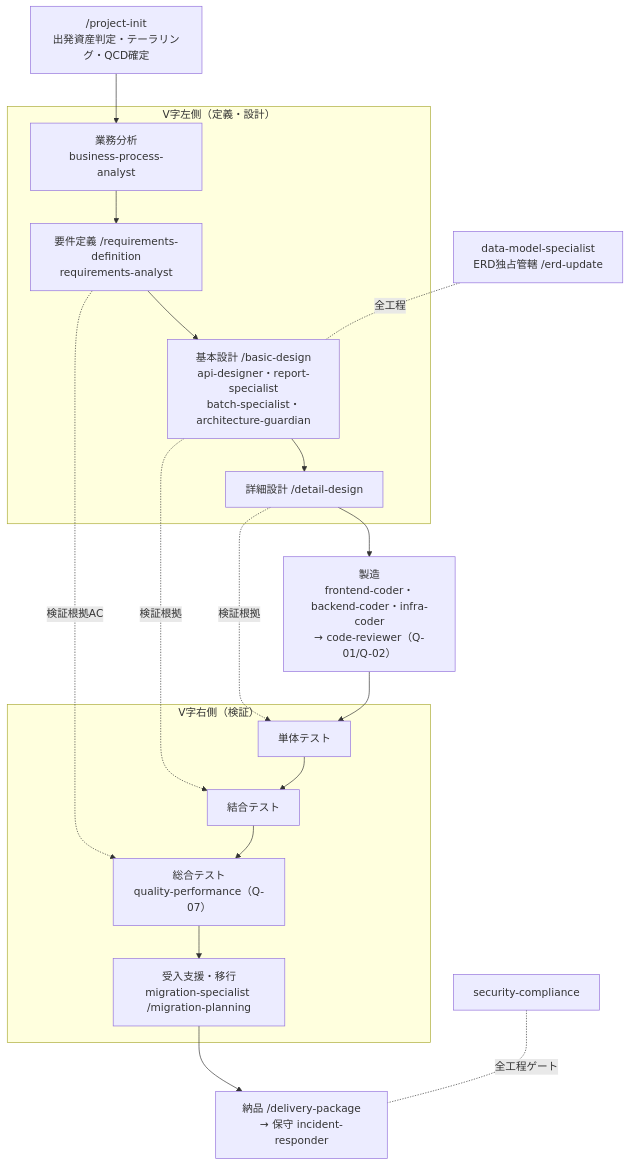
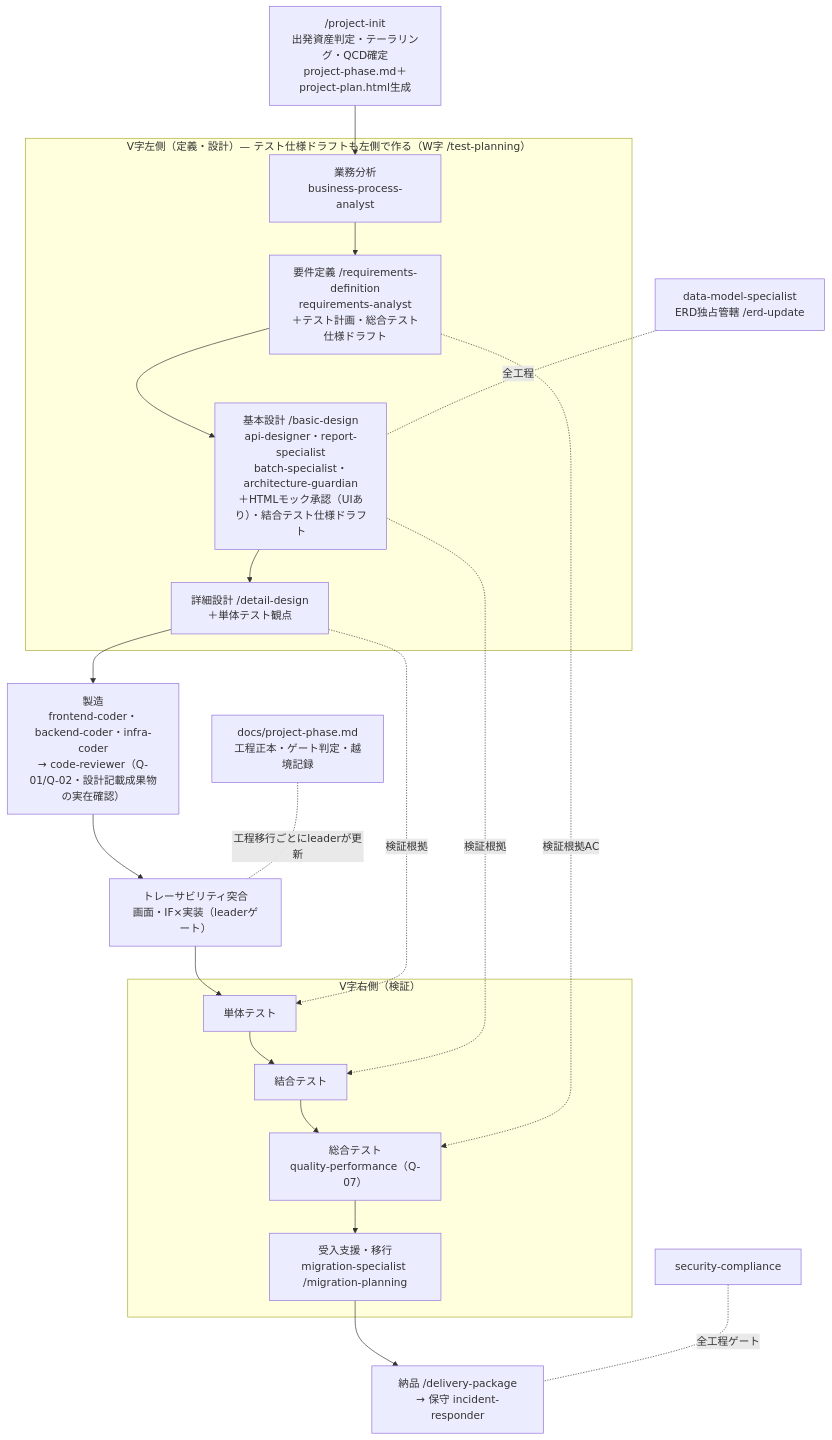
The first of 4 diagrams in docs/flow-map.md (CT-masato-hino/claude-code-project-pack), drawn with Mermaid before and after one commit. The commit also changed other lines of this file and 15 other files, not shown here.

````diff
--- a/docs/flow-map.md
+++ b/docs/flow-map.md
@@ -7,28 +7,29 @@
 ```mermaid
 flowchart TD
-    INIT["/project-init<br/>出発資産判定・テーラリング・QCD確定"] --> BPA
+    INIT["/project-init<br/>出発資産判定・テーラリング・QCD確定<br/>project-phase.md＋project-plan.html生成"] --> BPA
 
-    subgraph LEFT["V字左側（定義・設計）"]
-        BPA["業務分析<br/>business-process-analyst"] --> REQ["要件定義 /requirements-definition<br/>requirements-analyst"]
-        REQ --> BD["基本設計 /basic-design<br/>api-designer・report-specialist<br/>batch-specialist・architecture-guardian"]
-        BD --> DD["詳細設計 /detail-design"]
+    subgraph LEFT["V字左側（定義・設計）— テスト仕様ドラフトも左側で作る（W字 /test-planning）"]
+        BPA["業務分析<br/>business-process-analyst"] --> REQ["要件定義 /requirements-definition<br/>requirements-analyst<br/>＋テスト計画・総合テスト仕様ドラフト"]
+        REQ --> BD["基本設計 /basic-design<br/>api-designer・report-specialist<br/>batch-specialist・architecture-guardian<br/>＋HTMLモック承認（UIあり）・結合テスト仕様ドラフト"]
+        BD --> DD["詳細設計 /detail-design<br/>＋単体テスト観点"]
     end
 
-    DD --> IMP["製造<br/>frontend-coder・backend-coder・infra-coder<br/>→ code-reviewer（Q-01/Q-02）"]
+    DD --> IMP["製造<br/>frontend-coder・backend-coder・infra-coder<br/>→ code-reviewer（Q-01/Q-02・設計記載成果物の実在確認）"]
 
     subgraph RIGHT["V字右側（検証）"]
         UT["単体テスト"] --> IT["結合テスト"]
         IT --> ST["総合テスト<br/>quality-performance（Q-07）"]
         ST --> UAT["受入支援・移行<br/>migration-specialist /migration-planning"]
     end
 
-    IMP --> UT
+    IMP --> TRC["トレーサビリティ突合<br/>画面・IF×実装（leaderゲート）"] --> UT
     UAT --> DEL["納品 /delivery-package<br/>→ 保守 incident-responder"]
 
     DD -.検証根拠.-> UT
     BD -.検証根拠.-> IT
     REQ -.検証根拠AC.-> ST
 
     ERD["data-model-specialist<br/>ERD独占管轄 /erd-update"] -.全工程.- BD
     SEC["security-compliance"] -.全工程ゲート.- DEL
+    PH["docs/project-phase.md<br/>工程正本・ゲート判定・越境記録"] -.工程移行ごとにleaderが更新.- TRC
 ```
````
